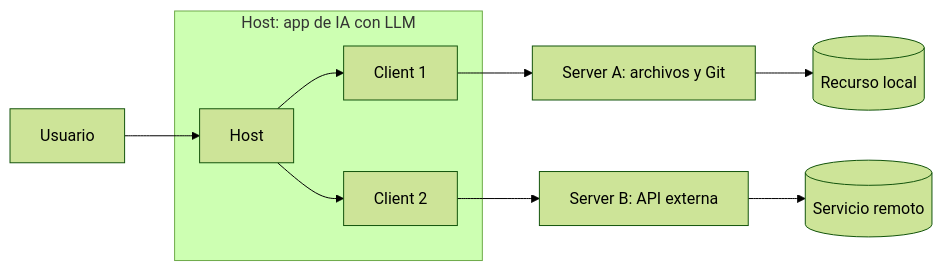
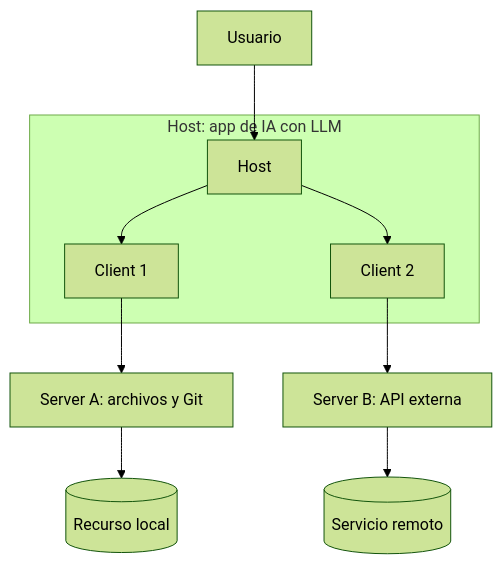
One commit to hessamMahamud/ProyectoM5_HessamMahamud changed the second of 2 diagrams in src/docs/resumenMCP.md. Above: the diagram before and after it, drawn with Mermaid (forest theme). The commit also changed 4 other files, not shown here.

````diff
--- a/src/docs/resumenMCP.md
+++ b/src/docs/resumenMCP.md
@@ -80,12 +80,12 @@
 ```mermaid
-graph LR
+graph TD
   U[Usuario] --> H
   subgraph HOST[Host: app de IA con LLM]
     H[Host] --> C1[Client 1]
     H --> C2[Client 2]
   end
   C1 --> S1[Server A: archivos y Git]
   C2 --> S2[Server B: API externa]
   S1 --> R1[(Recurso local)]
   S2 --> R2[(Servicio remoto)]
 ```
````
